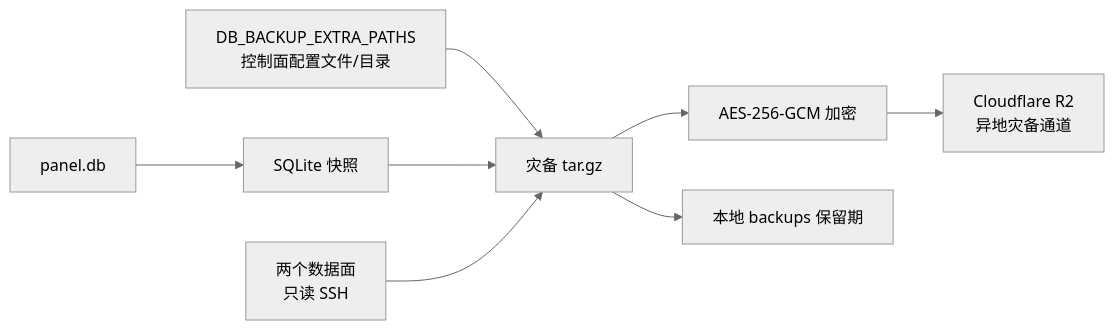
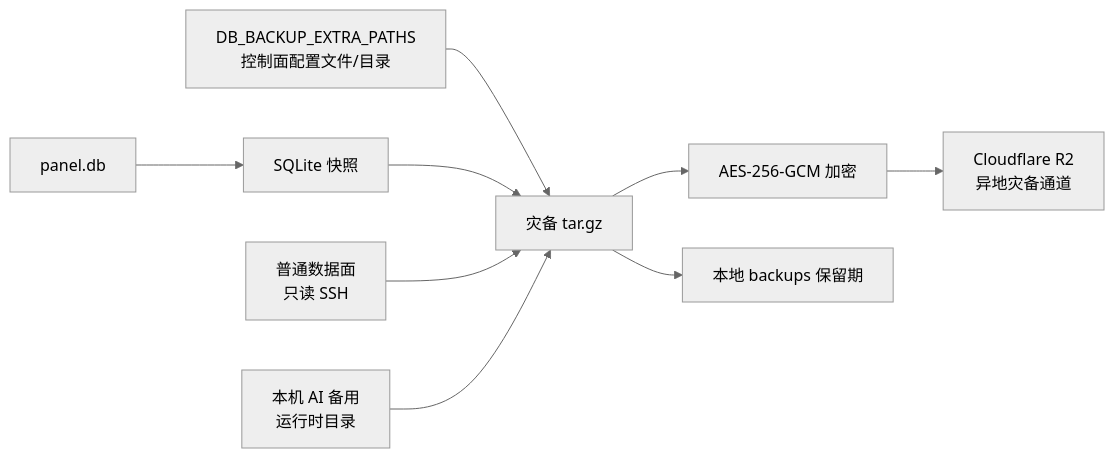
One commit to i-zrhe2016/ai-routing-panel changed the diagram in docs/disaster-backup.md. Above: the diagram before and after it, drawn with Mermaid (neutral theme). The commit also changed other lines of this file and 28 other files, not shown here.

````diff
--- a/docs/disaster-backup.md
+++ b/docs/disaster-backup.md
@@ -14,10 +14,11 @@
 ```mermaid
 flowchart LR
-    A[panel.db] --> B[SQLite 快照]
+    P[panel.db] --> B[SQLite 快照]
     C[DB_BACKUP_EXTRA_PATHS<br/>控制面配置文件/目录] --> D[灾备 tar.gz]
     B --> D
-    N[两个数据面<br/>只读 SSH] --> D
+    N[普通数据面<br/>只读 SSH] --> D
+    I[本机 AI 备用<br/>运行时目录] --> D
     D --> E[AES-256-GCM 加密]
     E --> F[Cloudflare R2<br/>异地灾备通道]
     D --> H[本地 backups 保留期]
 ```
````
